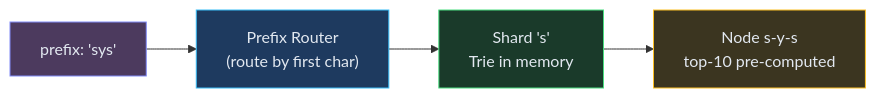
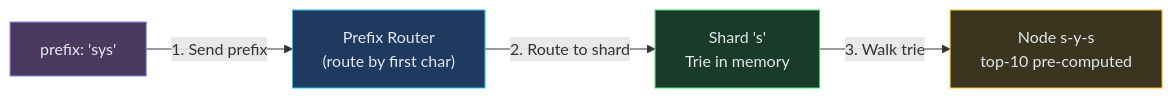
One commit to iluzn/HLD-Designs changed the seventh of 8 diagrams in content/hld/SearchAutocomplete.md. Above: the diagram before and after it, drawn with Mermaid. The commit also changed other lines of this file and 27 other files, not shown here.

````diff
--- a/content/hld/SearchAutocomplete.md
+++ b/content/hld/SearchAutocomplete.md
@@ -380,16 +380,16 @@
 ```mermaid
 flowchart LR
     REQ["prefix: 'sys'"]:::client
     ROUTER["Prefix Router<br/>(route by first char)"]:::edge
     S1["Shard 's'<br/>Trie in memory"]:::service
     NODE["Node s-y-s<br/>top-10 pre-computed"]:::data
 
-    REQ --> ROUTER
-    ROUTER --> S1
-    S1 --> NODE
+    REQ -->|"1. Send prefix"| ROUTER
+    ROUTER -->|"2. Route to shard"| S1
+    S1 -->|"3. Walk trie"| NODE
 
     classDef client fill:#4c3a5e,stroke:#818cf8,color:#e2e8f0
     classDef edge fill:#1e3a5f,stroke:#38bdf8,color:#e2e8f0
     classDef service fill:#1a3a2a,stroke:#4ade80,color:#e2e8f0
     classDef data fill:#3b3520,stroke:#fbbf24,color:#e2e8f0
 ```
````
